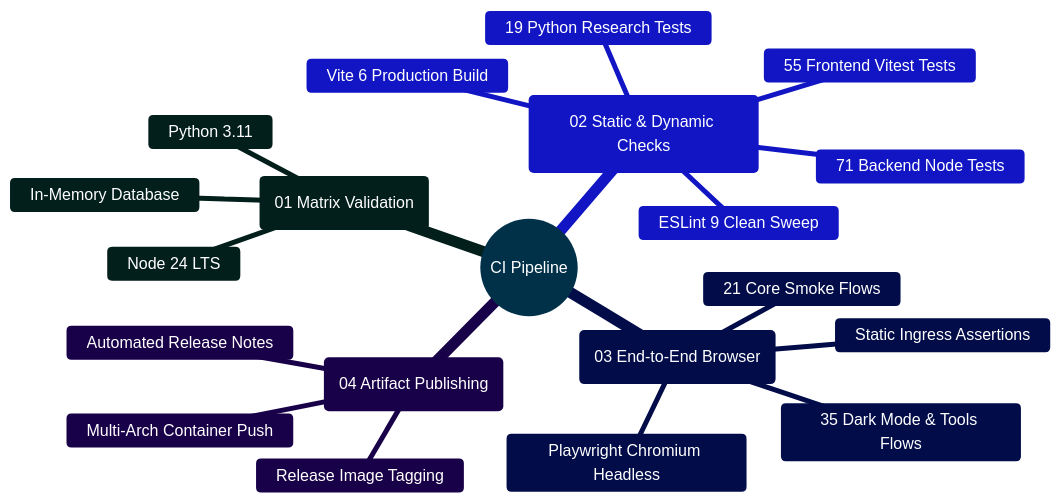
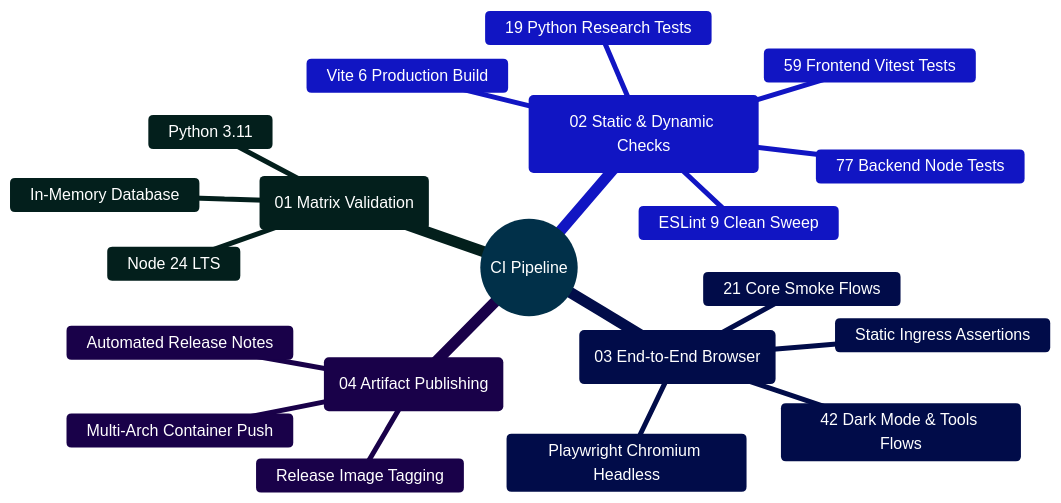
Before and after one commit to Ganesh172919/React-App-LLM: the second of 2 diagrams in output/project-review/PROJECT_ANALYSIS.md, drawn with Mermaid. The commit also changed other lines of this file and 39 other files, not shown here.

````diff
--- a/output/project-review/PROJECT_ANALYSIS.md
+++ b/output/project-review/PROJECT_ANALYSIS.md
@@ -249,25 +251,25 @@
 ```mermaid
 %%{init: {'theme': 'base', 'themeVariables': { 'primaryColor': '#0284c7', 'primaryTextColor': '#ffffff', 'primaryBorderColor': '#0369a1', 'lineColor': '#0284c7', 'secondaryColor': '#0d9488', 'tertiaryColor': '#6366f1' }}}%%
 mindmap
   root((CI Pipeline))
     ::icon(fa fa-cogs)
     (01 Matrix Validation)
       Node 24 LTS
       Python 3.11
       In-Memory Database
     (02 Static & Dynamic Checks)
       ESLint 9 Clean Sweep
       Vite 6 Production Build
-      71 Backend Node Tests
-      55 Frontend Vitest Tests
+      77 Backend Node Tests
+      59 Frontend Vitest Tests
       19 Python Research Tests
     (03 End-to-End Browser)
       Playwright Chromium Headless
       21 Core Smoke Flows
-      35 Dark Mode & Tools Flows
+      42 Dark Mode & Tools Flows
       Static Ingress Assertions
     (04 Artifact Publishing)
       Release Image Tagging
       Multi-Arch Container Push
       Automated Release Notes
 ```
````
